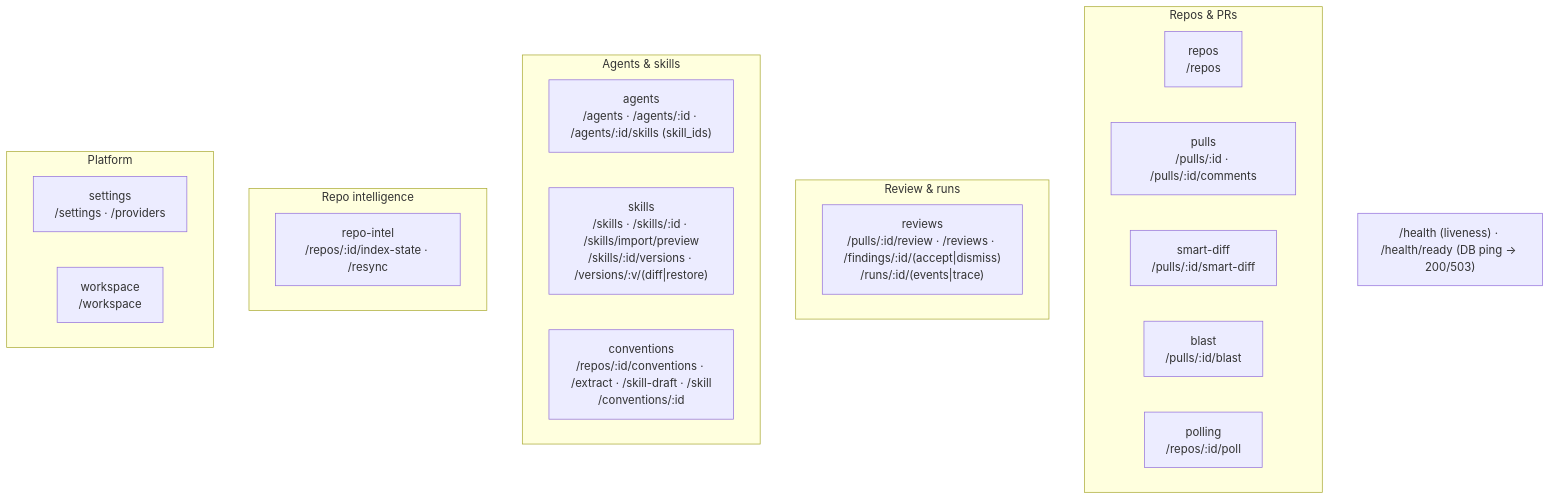
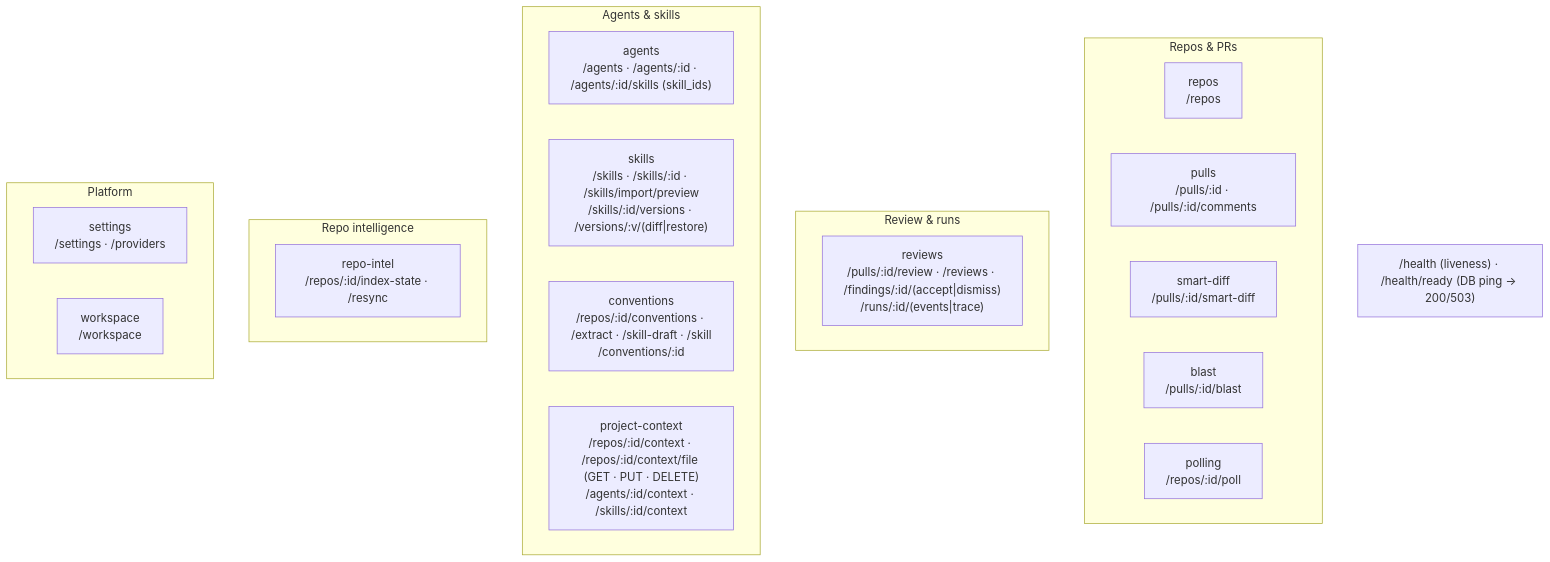
Before and after one commit to ira-horobets/dev-digest: the second of 2 diagrams in server/README.md, drawn with Mermaid. The commit also changed other lines of this file and 22 other files, not shown here.

First line of the commit message:
docs(context): specs, design notes, plans and READMEs for project context

````diff
--- a/server/README.md
+++ b/server/README.md
@@ -64,26 +64,27 @@
 ```mermaid
 flowchart TB
   subgraph Repos_PRs["Repos & PRs"]
     repos["repos<br/>/repos"]
     pulls["pulls<br/>/pulls/:id · /pulls/:id/comments"]
     smartDiff["smart-diff<br/>/pulls/:id/smart-diff"]
     blast["blast<br/>/pulls/:id/blast"]
     polling["polling<br/>/repos/:id/poll"]
   end
   subgraph Review["Review & runs"]
     reviews["reviews<br/>/pulls/:id/review · /reviews · /findings/:id/(accept|dismiss)<br/>/runs/:id/(events|trace)"]
   end
   subgraph Agents["Agents & skills"]
     agents["agents<br/>/agents · /agents/:id · /agents/:id/skills (skill_ids)"]
     skills["skills<br/>/skills · /skills/:id · /skills/import/preview<br/>/skills/:id/versions · /versions/:v/(diff|restore)"]
     conventions["conventions<br/>/repos/:id/conventions · /extract · /skill-draft · /skill<br/>/conventions/:id"]
+    projectContext["project-context<br/>/repos/:id/context · /repos/:id/context/file (GET · PUT · DELETE)<br/>/agents/:id/context · /skills/:id/context"]
   end
   subgraph Intel["Repo intelligence"]
     repoIntel["repo-intel<br/>/repos/:id/index-state · /resync"]
   end
   subgraph Platform["Platform"]
     settings["settings<br/>/settings · /providers"]
     workspace["workspace<br/>/workspace"]
   end
   HEALTH["/health (liveness) · /health/ready (DB ping → 200/503)"]
 ```
````
